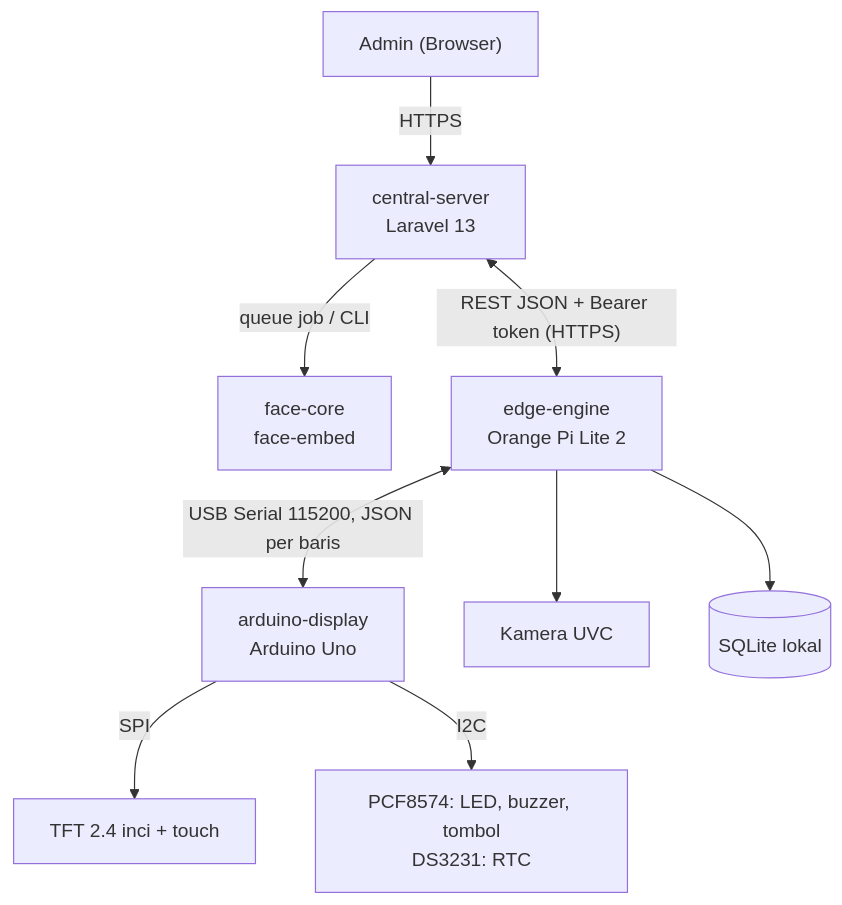
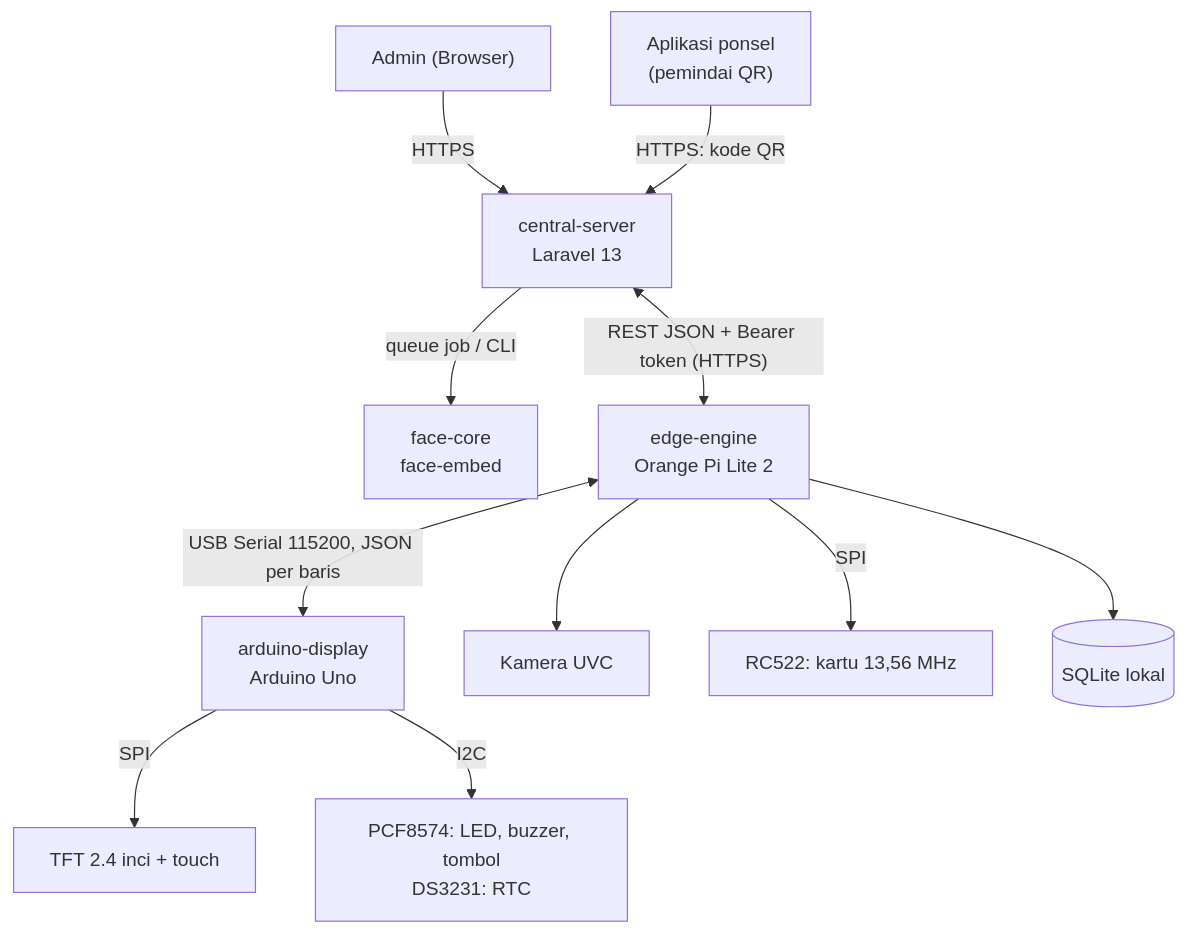
The second of 2 diagrams in PRD.md (Cihaimasuiro/absensi-cam), drawn with Mermaid before and after one commit. The commit also changed other lines of this file and 10 other files, not shown here.

````diff
--- a/PRD.md
+++ b/PRD.md
@@ -155,11 +168,13 @@
 ```mermaid
 flowchart TB
     ADM["Admin (Browser)"] -->|HTTPS| LV["central-server<br/>Laravel 13"]
+    PHN["Aplikasi ponsel<br/>(pemindai QR)"] -->|"HTTPS: kode QR"| LV
     LV -->|"queue job / CLI"| FC["face-core<br/>face-embed"]
     LV <-->|"REST JSON + Bearer token (HTTPS)"| EDG["edge-engine<br/>Orange Pi Lite 2"]
     EDG <-->|"USB Serial 115200, JSON per baris"| ARD["arduino-display<br/>Arduino Uno"]
     ARD -->|SPI| TFT["TFT 2.4 inci + touch"]
     ARD -->|I2C| IO["PCF8574: LED, buzzer, tombol<br/>DS3231: RTC"]
     EDG --> CAM["Kamera UVC"]
+    EDG -->|SPI| RFID["RC522: kartu 13,56 MHz"]
     EDG --> SQ[("SQLite lokal")]
 ```
````
